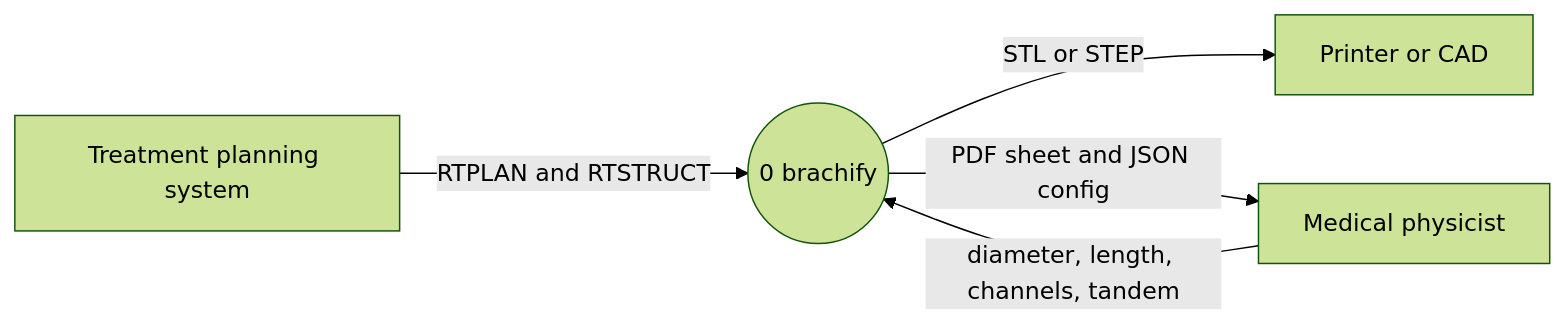
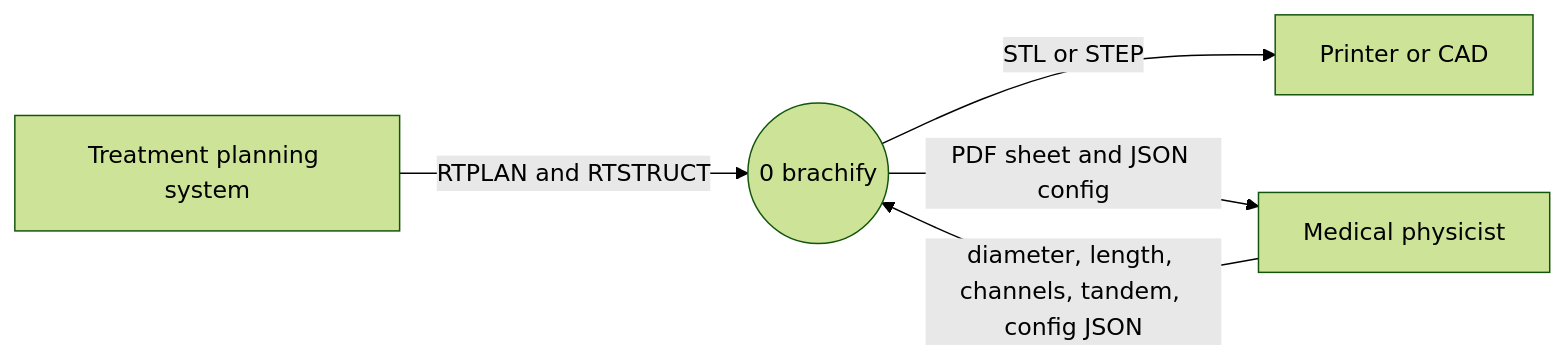
Before and after one commit to COSC-499-W2026/capstone-project-team-10: the diagram in docs/architecture/diagrams/existing-framework/dfd-0.mmd, drawn with Mermaid (forest theme). The commit also changed 6 other files, not shown here.

Commit message:
docs: correct UML ownership and DFD flows to match the code

```diff
--- a/docs/architecture/diagrams/existing-framework/dfd-0.mmd
+++ b/docs/architecture/diagrams/existing-framework/dfd-0.mmd
@@ -1,12 +1,12 @@
 %% title: DFD level 0
 %% alt: DFD level 0, brachify as one process
 flowchart LR
   tps["Treatment planning system"]
   physicist["Medical physicist"]
   printer["Printer or CAD"]
   brachify(("0 brachify"))
 
   tps -->|"RTPLAN and RTSTRUCT"| brachify
-  physicist -->|"diameter, length, channels, tandem"| brachify
+  physicist -->|"diameter, length, channels, tandem, config JSON"| brachify
   brachify -->|"STL or STEP"| printer
   brachify -->|"PDF sheet and JSON config"| physicist
```
